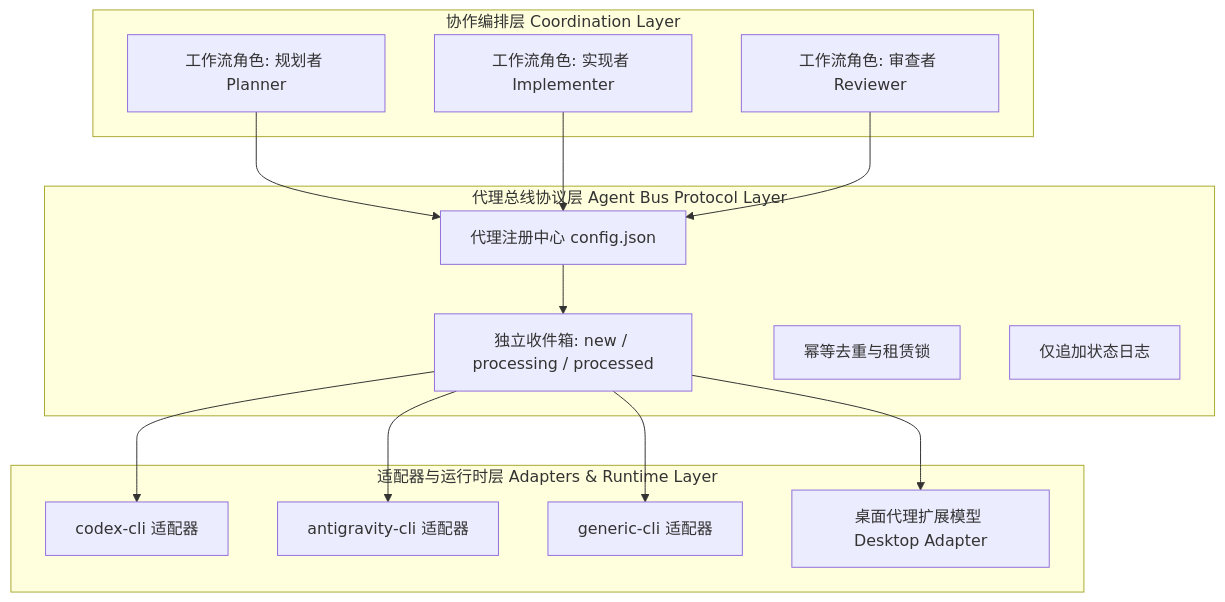
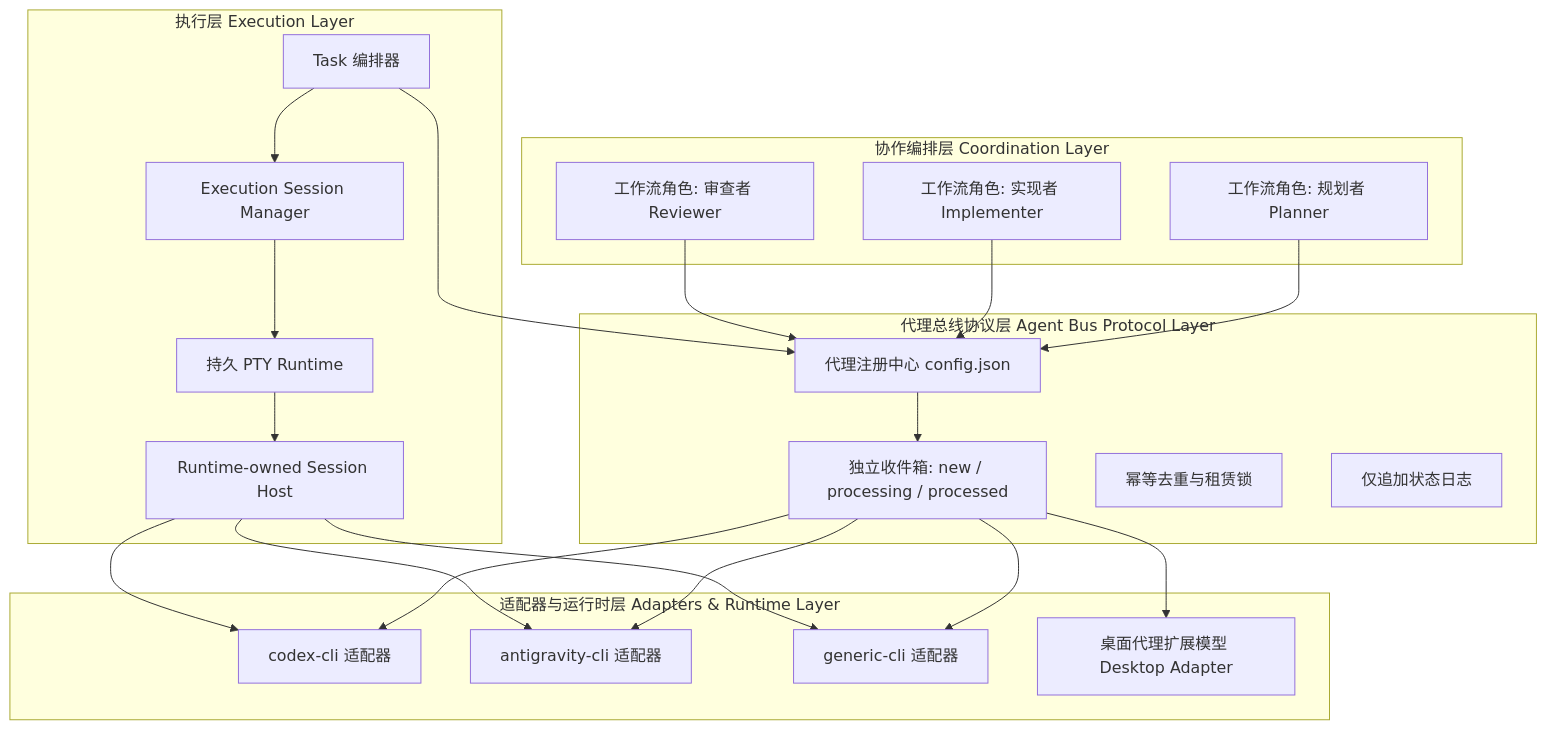
One commit to hogancv/coordinate-agents changed the diagram in README.zh-CN.md. Above: the diagram before and after it, drawn with Mermaid. The commit also changed other lines of this file and 48 other files, not shown here.

Commit message:
feat: add persistent PTY session runtime

````diff
--- a/README.zh-CN.md
+++ b/README.zh-CN.md
@@ -232,28 +245,41 @@
 ```mermaid
 graph TD
     subgraph 协作编排层 Coordination Layer
         P[工作流角色: 规划者 Planner]
         I[工作流角色: 实现者 Implementer]
         R[工作流角色: 审查者 Reviewer]
     end
     subgraph 代理总线协议层 Agent Bus Protocol Layer
         REG[代理注册中心 config.json]
         Q[独立收件箱: new / processing / processed]
         DEDUPE[幂等去重与租赁锁]
         STATE[仅追加状态日志]
+    end
+    subgraph 执行层 Execution Layer
+        TASK[Task 编排器]
+        SM[Execution Session Manager]
+        PTY[持久 PTY Runtime]
+        HOST[Runtime-owned Session Host]
     end
     subgraph 适配器与运行时层 Adapters & Runtime Layer
         A1[codex-cli 适配器]
         A2[antigravity-cli 适配器]
         A3[generic-cli 适配器]
         A4[桌面代理扩展模型 Desktop Adapter]
     end
     P --> REG
     I --> REG
     R --> REG
     REG --> Q
     Q --> A1
     Q --> A2
     Q --> A3
     Q --> A4
+    TASK --> REG
+    TASK --> SM
+    SM --> PTY
+    PTY --> HOST
+    HOST --> A1
+    HOST --> A2
+    HOST --> A3
 ```
````
